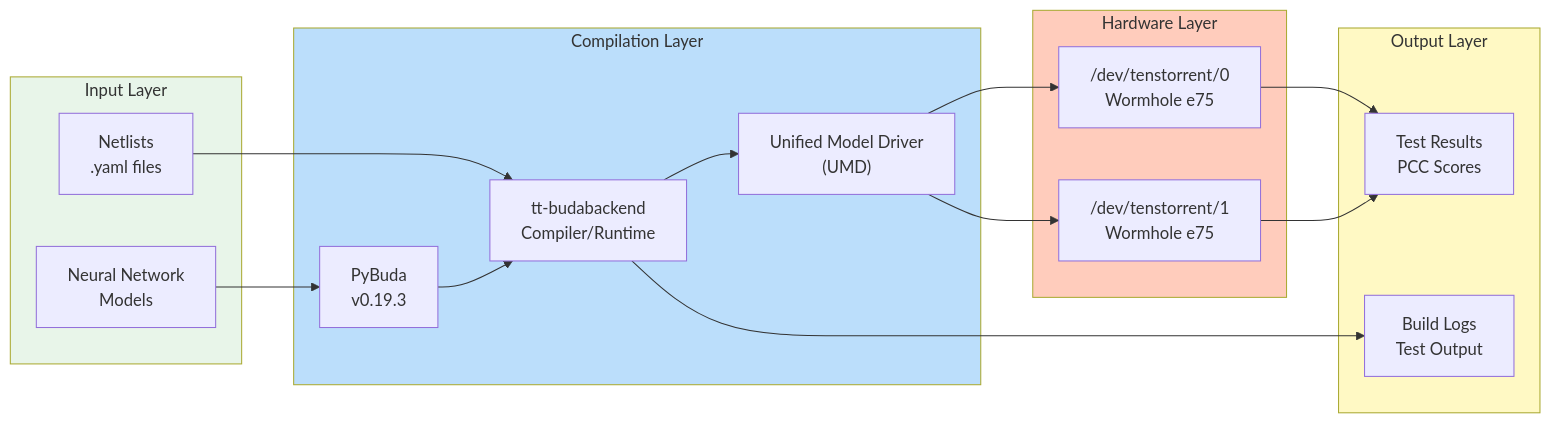
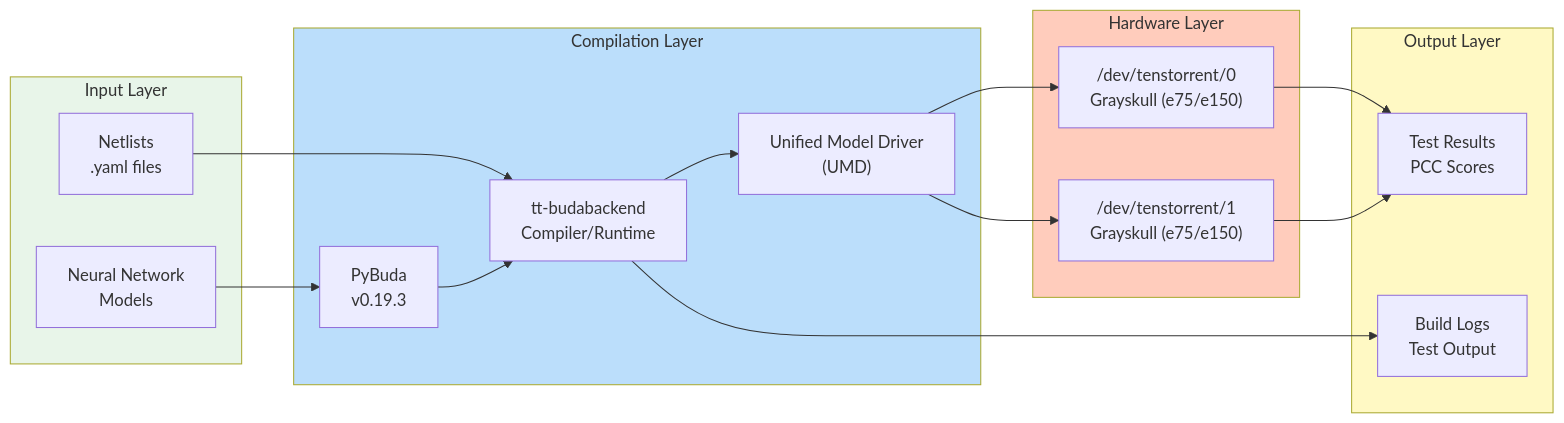
One commit to danindiana/tt-wormhole-e75-container changed the second of 8 diagrams in README.md. Above: the diagram before and after it, drawn with Mermaid. The commit also changed other lines of this file and 28 other files, not shown here.

````diff
--- a/README.md
+++ b/README.md
@@ -105,38 +107,38 @@
 ```mermaid
 graph LR
     subgraph Input["Input Layer"]
         Netlists["Netlists<br/>.yaml files"]
         Models["Neural Network<br/>Models"]
     end
 
     subgraph Compilation["Compilation Layer"]
         PyBuda["PyBuda<br/>v0.19.3"]
         Backend["tt-budabackend<br/>Compiler/Runtime"]
         UMD["Unified Model Driver<br/>(UMD)"]
     end
 
     subgraph Hardware["Hardware Layer"]
-        Device0["/dev/tenstorrent/0<br/>Wormhole e75"]
-        Device1["/dev/tenstorrent/1<br/>Wormhole e75"]
+        Device0["/dev/tenstorrent/0<br/>Grayskull (e75/e150)"]
+        Device1["/dev/tenstorrent/1<br/>Grayskull (e75/e150)"]
     end
 
     subgraph Output["Output Layer"]
         Results["Test Results<br/>PCC Scores"]
         Logs["Build Logs<br/>Test Output"]
     end
 
     Netlists --> Backend
     Models --> PyBuda
     PyBuda --> Backend
     Backend --> UMD
     UMD --> Device0
     UMD --> Device1
     Device0 --> Results
     Device1 --> Results
     Backend --> Logs
 
     style Input fill:#E8F5E9
     style Compilation fill:#BBDEFB
     style Hardware fill:#FFCCBC
     style Output fill:#FFF9C4
 ```
````
